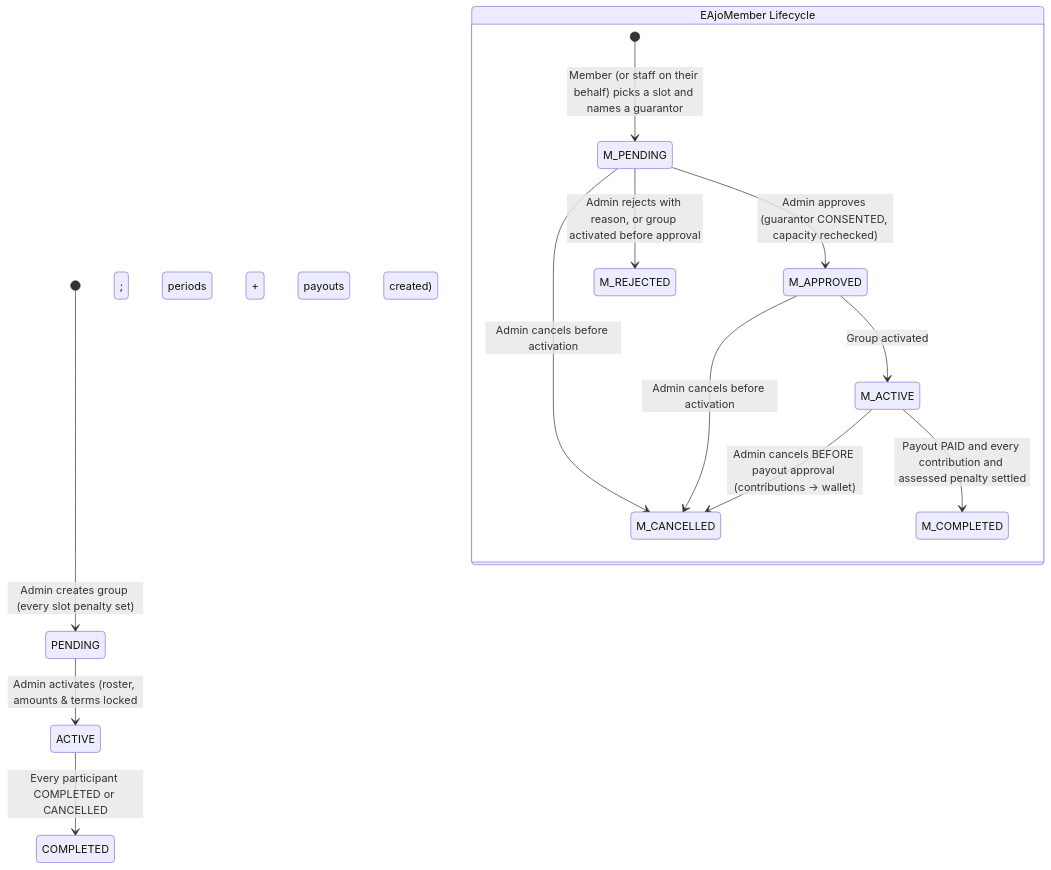
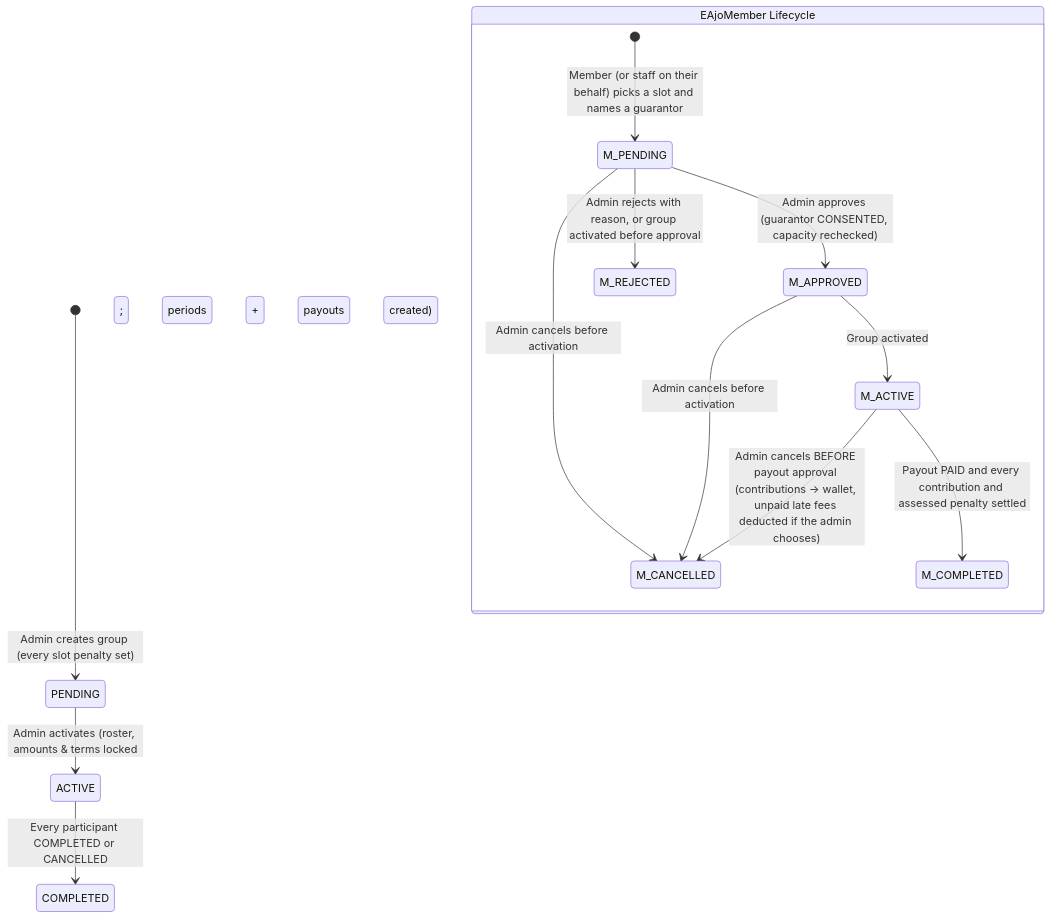
Before and after one commit to crystal-kairos/crystal-kairos: the ninth of 12 diagrams in docs/decisions/state-machines.md, drawn with Mermaid. The commit also changed other lines of this file and 6 other files, not shown here.

First line of the commit message:
feat(p3-05): let admins deduct unpaid late fees when cancelling an e-ajo participant

````diff
--- a/docs/decisions/state-machines.md
+++ b/docs/decisions/state-machines.md
@@ -242,17 +242,17 @@
 ```mermaid
 stateDiagram-v2
     [*] --> PENDING: Admin creates group (every slot penalty set)
     PENDING --> ACTIVE: Admin activates (roster, amounts & terms locked; periods + payouts created)
     ACTIVE --> COMPLETED: Every participant COMPLETED or CANCELLED
 
     state "EAjoMember Lifecycle" as MemberState {
         [*] --> M_PENDING: Member (or staff on their behalf) picks a slot and names a guarantor
         M_PENDING --> M_APPROVED: Admin approves (guarantor CONSENTED, capacity rechecked)
         M_PENDING --> M_REJECTED: Admin rejects with reason, or group activated before approval
         M_PENDING --> M_CANCELLED: Admin cancels before activation
         M_APPROVED --> M_ACTIVE: Group activated
         M_APPROVED --> M_CANCELLED: Admin cancels before activation
-        M_ACTIVE --> M_CANCELLED: Admin cancels BEFORE payout approval (contributions → wallet)
+        M_ACTIVE --> M_CANCELLED: Admin cancels BEFORE payout approval (contributions → wallet, unpaid late fees deducted if the admin chooses)
         M_ACTIVE --> M_COMPLETED: Payout PAID and every contribution and assessed penalty settled
     }
 ```
````
